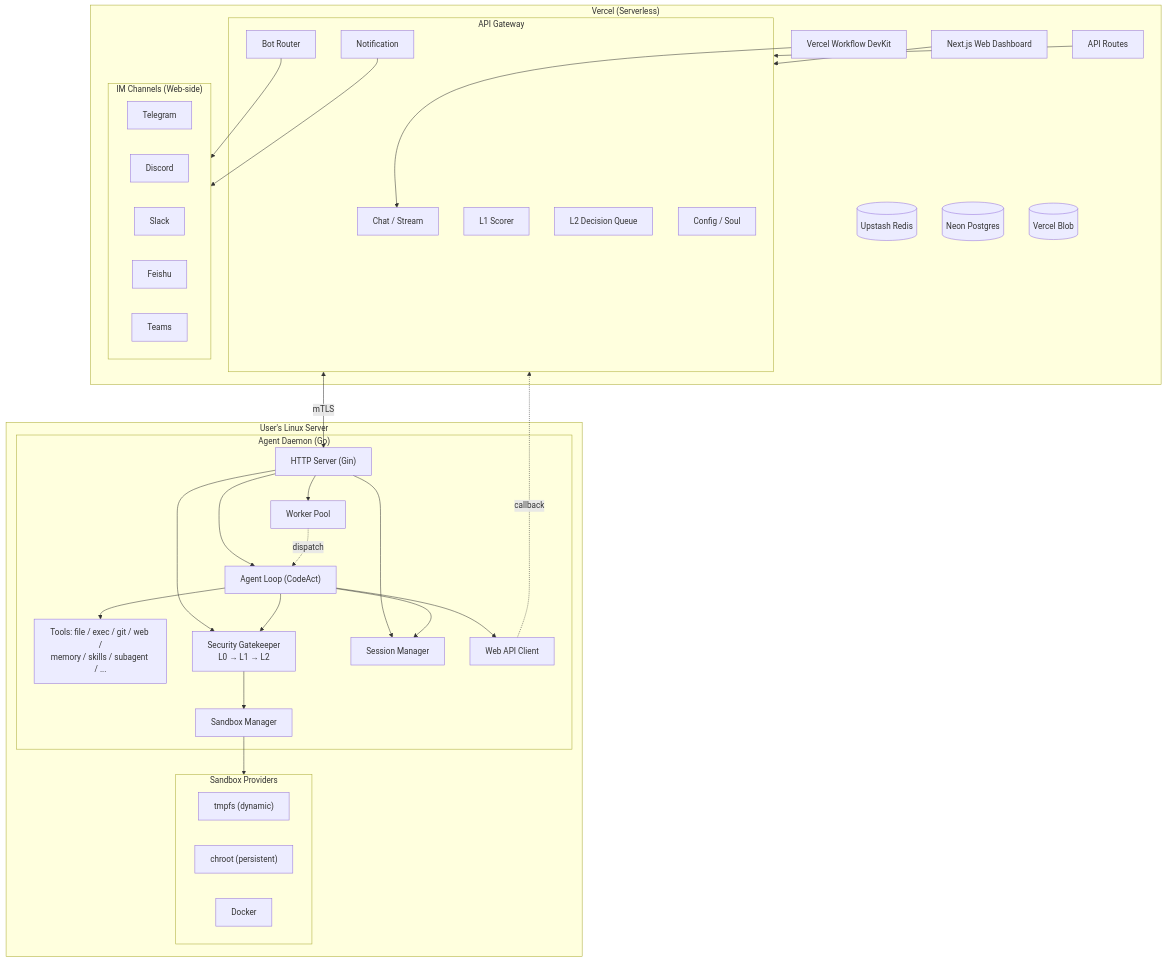
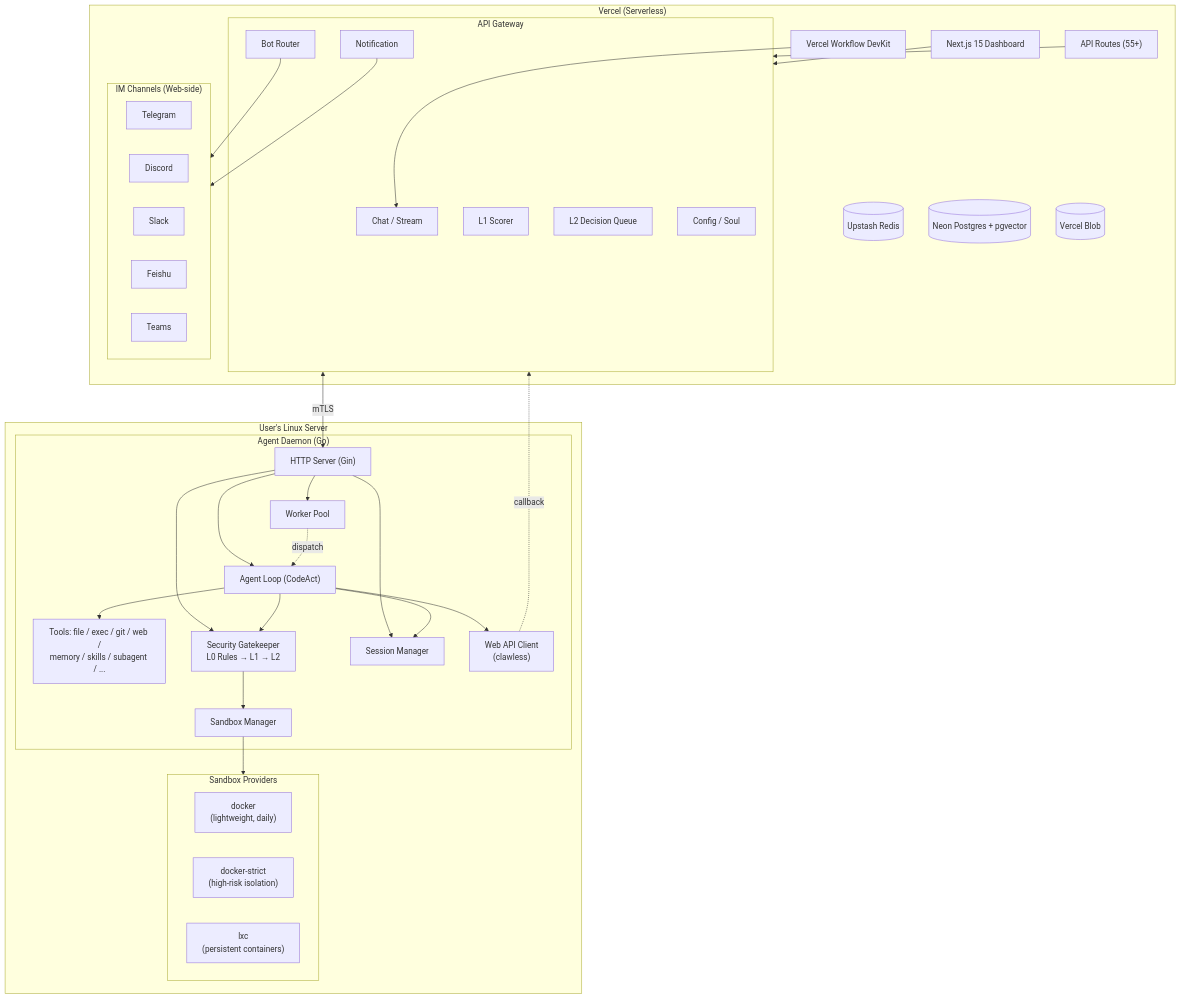
One commit to NekoSekaiMoe/agentboster changed the diagram in README.EN.md. Above: the diagram before and after it, drawn with Mermaid. The commit also changed other lines of this file and 1 other file, not shown here.

````diff
--- a/README.EN.md
+++ b/README.EN.md
@@ -37,65 +37,65 @@
 ```mermaid
 flowchart TB
     subgraph Vercel["Vercel (Serverless)"]
-        Web["Next.js Web Dashboard"]
-        API["API Routes"]
+        Web["Next.js 15 Dashboard"]
+        API["API Routes (55+)"]
         Wf["Vercel Workflow DevKit"]
         subgraph Gateway["API Gateway"]
             Chat["Chat / Stream"]
             BotR["Bot Router"]
             L1["L1 Scorer"]
             L2Q["L2 Decision Queue"]
             CfgMgmt["Config / Soul"]
             Notif["Notification"]
         end
         subgraph IM["IM Channels (Web-side)"]
             Tg["Telegram"]
             Dc["Discord"]
             Sk["Slack"]
             Fs["Feishu"]
             Tm["Teams"]
         end
         KV[("Upstash Redis")]
-        DB[("Neon Postgres")]
+        DB[("Neon Postgres + pgvector")]
         Blob[("Vercel Blob")]
     end
 
     Web --> Gateway
     API --> Gateway
     Wf --> Chat
     BotR --> IM
     Notif --> IM
 
-    Gateway <-->|"mTLS"| DaemonAPI
+    Gateway <-->|"mTLS"| DaemonSrv
 
     subgraph Linux["User's Linux Server"]
         subgraph Daemon["Agent Daemon (Go)"]
-            DaemonAPI["HTTP Server (Gin)"]
+            DaemonSrv["HTTP Server (Gin)"]
             AgentLoop["Agent Loop (CodeAct)"]
             Tools["Tools: file / exec / git / web /<br/>memory / skills / subagent / ..."]
-            Gate["Security Gatekeeper<br/>L0 → L1 → L2"]
+            Gate["Security Gatekeeper<br/>L0 Rules → L1 → L2"]
             SbxMgr["Sandbox Manager"]
             SesMgr["Session Manager"]
             Pool["Worker Pool"]
-            Claw["Web API Client"]
+            Claw["Web API Client<br/>(clawless)"]
         end
         subgraph SP["Sandbox Providers"]
-            Tmp["tmpfs (dynamic)"]
-            Chr["chroot (persistent)"]
-            Dok["Docker"]
+            DokL["docker<br/>(lightweight, daily)"]
+            DokS["docker-strict<br/>(high-risk isolation)"]
+            Lxc["lxc<br/>(persistent containers)"]
         end
     end
 
-    DaemonAPI --> AgentLoop
-    DaemonAPI --> Gate
-    DaemonAPI --> SesMgr
-    DaemonAPI --> Pool
+    DaemonSrv --> AgentLoop
+    DaemonSrv --> Gate
+    DaemonSrv --> SesMgr
+    DaemonSrv --> Pool
     AgentLoop --> Tools
     AgentLoop --> Gate
     Gate --> SbxMgr
     SbxMgr --> SP
     AgentLoop --> SesMgr
     AgentLoop --> Claw
     Pool -.->|"dispatch"| AgentLoop
     Claw -.->|"callback"| Gateway
 ```
````
